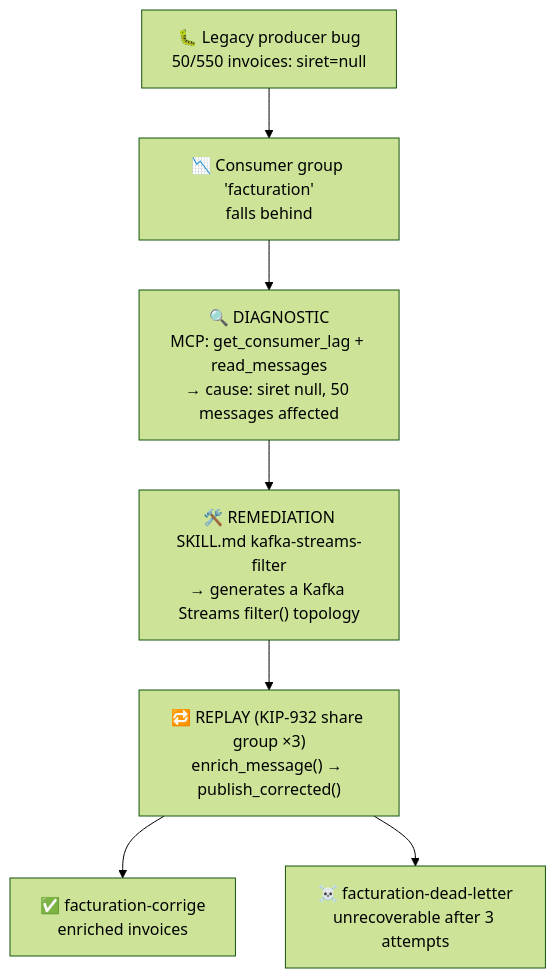
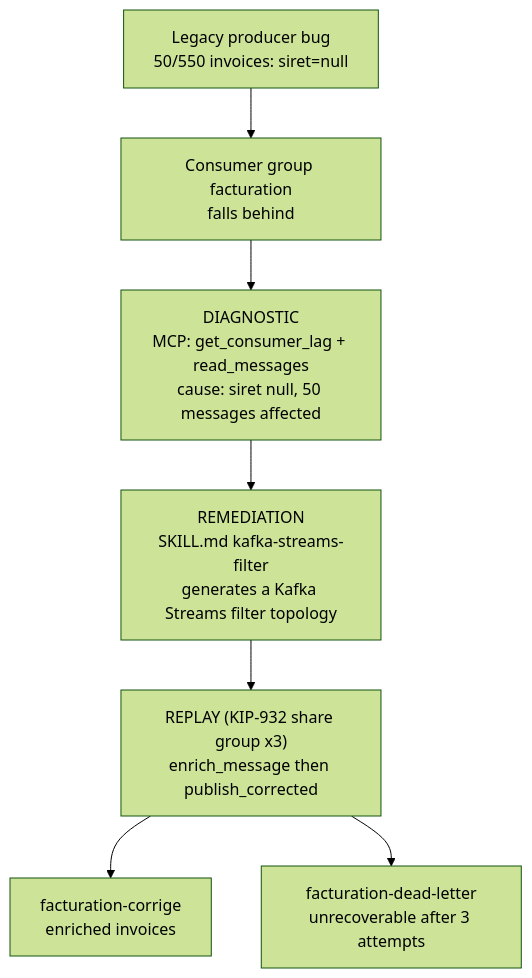
Before and after one commit to arabaaoui/kafka-ops-agents: the first of 3 diagrams in README.md, drawn with Mermaid (forest theme). The commit also changed other lines of this file, not shown here.

Commit message:
fix: remove emojis and special chars from all mermaid diagrams for GitHub compatibility

````diff
--- a/README.md
+++ b/README.md
@@ -22,15 +22,15 @@
 ```mermaid
 flowchart TB
-    BUG["🐛 Legacy producer bug<br/>50/550 invoices: siret=null"]
+    BUG["Legacy producer bug<br/>50/550 invoices: siret=null"]
 
-    BUG --> LAG["📉 Consumer group 'facturation'<br/>falls behind"]
+    BUG --> LAG["Consumer group facturation<br/>falls behind"]
 
-    LAG --> DIAG["🔍 DIAGNOSTIC<br/>MCP: get_consumer_lag + read_messages<br/>→ cause: siret null, 50 messages affected"]
+    LAG --> DIAG["DIAGNOSTIC<br/>MCP: get_consumer_lag + read_messages<br/>cause: siret null, 50 messages affected"]
 
-    DIAG --> REM["🛠️ REMEDIATION<br/>SKILL.md kafka-streams-filter<br/>→ generates a Kafka Streams filter() topology"]
+    DIAG --> REM["REMEDIATION<br/>SKILL.md kafka-streams-filter<br/>generates a Kafka Streams filter topology"]
 
-    REM --> REPLAY["🔁 REPLAY (KIP-932 share group ×3)<br/>enrich_message() → publish_corrected()"]
+    REM --> REPLAY["REPLAY (KIP-932 share group x3)<br/>enrich_message then publish_corrected"]
 
-    REPLAY --> FIXED["✅ facturation-corrige<br/>enriched invoices"]
-    REPLAY --> DLQ["☠️ facturation-dead-letter<br/>unrecoverable after 3 attempts"]
+    REPLAY --> FIXED["facturation-corrige<br/>enriched invoices"]
+    REPLAY --> DLQ["facturation-dead-letter<br/>unrecoverable after 3 attempts"]
 ```
````
